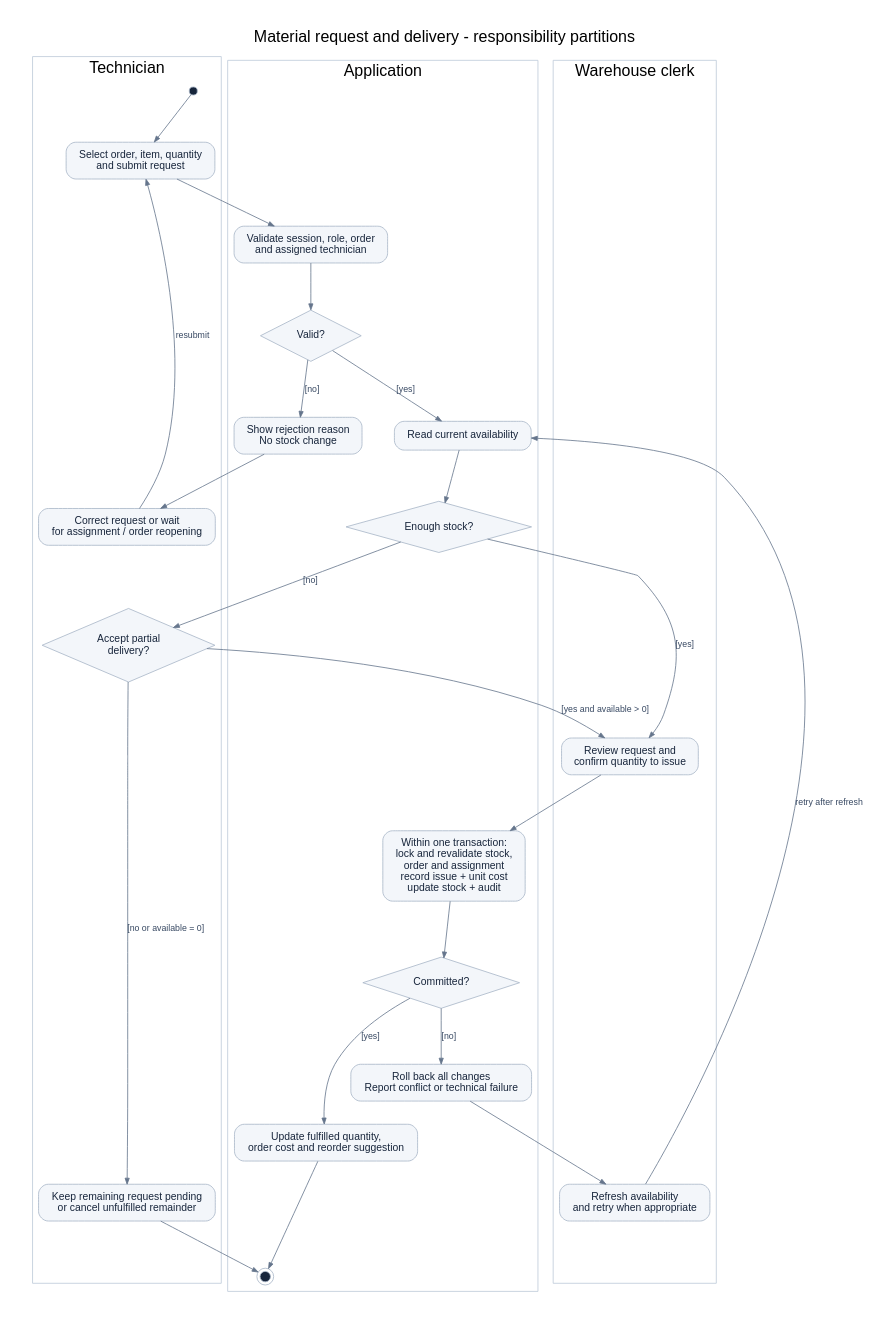
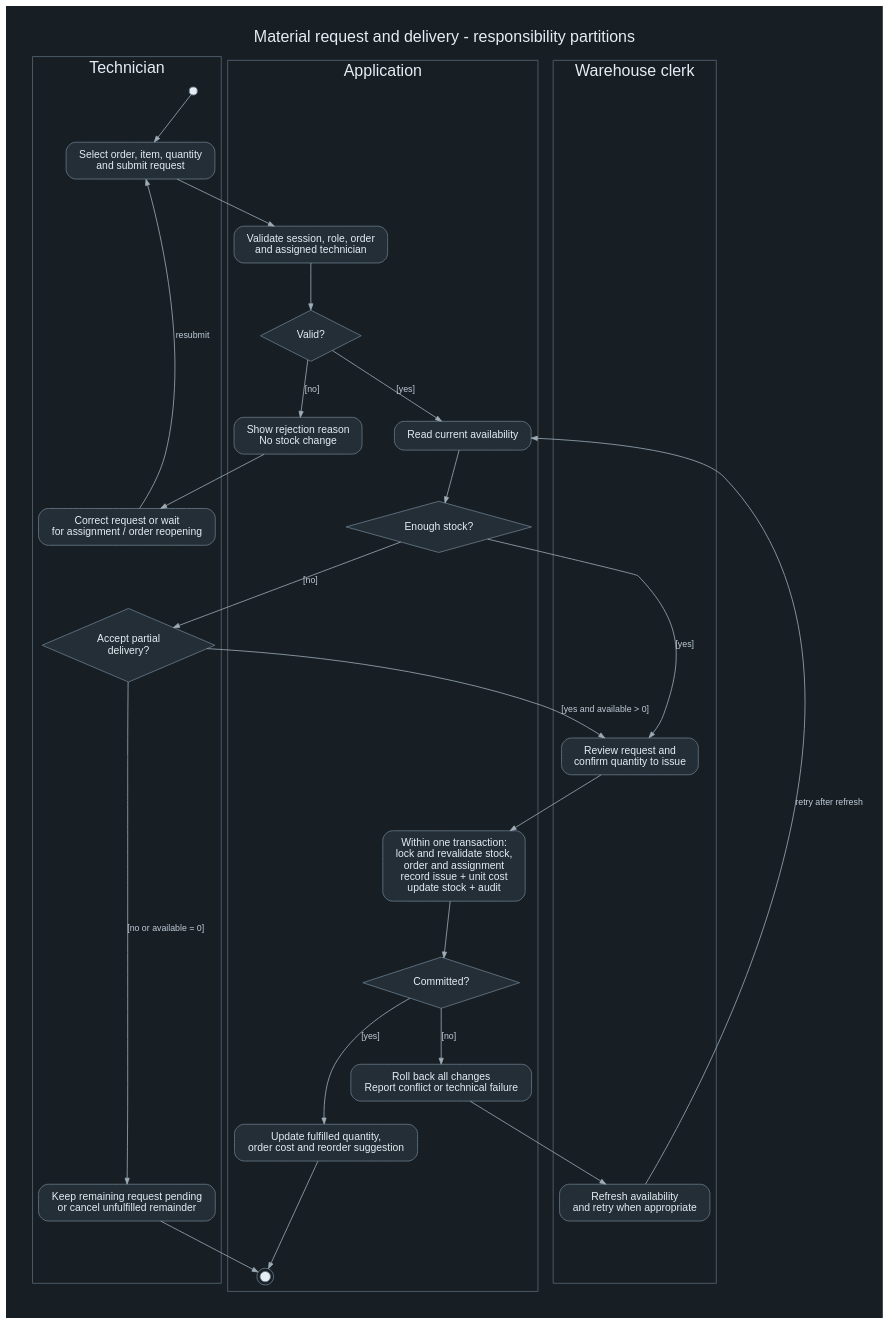
One commit to Kallst/mechanical-workshop changed the diagram in docs/models/diagrams/material-delivery-activity.dot. Above: the diagram before and after it, drawn with Graphviz. The commit also changed 80 other files, not shown here.

Commit message:
feat(atlas): organize bilingual diagrams in the current workshop theme

```diff
--- a/docs/models/diagrams/material-delivery-activity.dot
+++ b/docs/models/diagrams/material-delivery-activity.dot
@@ -1,62 +1,62 @@
 digraph material_delivery_activity {
-graph [rankdir=TB, bgcolor="#ffffff", pad="0.35", nodesep="0.55", ranksep="0.8", fontname="Arial", fontsize=20, labelloc=t, label="Material request and delivery - responsibility partitions", compound=true];
-node [shape=box, style="rounded,filled", fillcolor="#f3f6fa", color="#a8b5c7", fontcolor="#17253b", fontname="Arial", fontsize=13, margin="0.18,0.13"];
-edge [fontname="Arial", fontsize=11, fontcolor="#374862", color="#65758c", arrowsize=0.75];
+graph [rankdir=TB, bgcolor="#171e24", pad="0.35", nodesep="0.55", ranksep="0.8", fontname="Arial", fontsize=20, fontcolor="#e5edf3", labelloc=t, label="Material request and delivery - responsibility partitions", compound=true];
+node [shape=box, style="rounded,filled", fillcolor="#232e37", color="#697b8b", fontcolor="#e5edf3", fontname="Arial", fontsize=13, margin="0.18,0.13"];
+edge [fontname="Arial", fontsize=11, fontcolor="#c0ccd6", color="#9eacb7", arrowsize=0.75];
 
 newrank=true;
-subgraph cluster_technician { label="Technician"; color="#bdc9d8";
-start [shape=point, width=0.14, fillcolor="#17253b"];
+subgraph cluster_technician { label="Technician"; color="#596977";
+start [shape=point, width=0.14, fillcolor="#e5edf3"];
 tech_end [shape=point, style=invis, width=0.01];
 request [label="Select order, item, quantity\nand submit request"];
 correct [label="Correct request or wait\nfor assignment / order reopening"];
 partial [shape=diamond, label="Accept partial\ndelivery?", style=filled];
 wait [label="Keep remaining request pending\nor cancel unfulfilled remainder"];
 }
-subgraph cluster_system { label="Application"; color="#bdc9d8";
+subgraph cluster_system { label="Application"; color="#596977";
 app_anchor [shape=point, style=invis, width=0.01];
 validate [label="Validate session, role, order\nand assigned technician"];
 valid [shape=diamond, label="Valid?", style=filled];
 invalid [label="Show rejection reason\nNo stock change"];
 stock [label="Read current availability"];
 enough [shape=diamond, label="Enough stock?", style=filled];
 transaction [label="Within one transaction:\nlock and revalidate stock,\norder and assignment\nrecord issue + unit cost\nupdate stock + audit"];
 saved [shape=diamond, label="Committed?", style=filled];
 failure [label="Roll back all changes\nReport conflict or technical failure"];
 result [label="Update fulfilled quantity,\norder cost and reorder suggestion"];
-end [shape=doublecircle, label="", width=0.18, height=0.18, fixedsize=true, fillcolor="#17253b"];
+end [shape=doublecircle, label="", width=0.18, height=0.18, fixedsize=true, fillcolor="#e5edf3"];
 }
-subgraph cluster_clerk { label="Warehouse clerk"; color="#bdc9d8";
+subgraph cluster_clerk { label="Warehouse clerk"; color="#596977";
 clerk_anchor [shape=point, style=invis, width=0.01];
 clerk_end [shape=point, style=invis, width=0.01];
 review [label="Review request and\nconfirm quantity to issue"];
 retry [label="Refresh availability\nand retry when appropriate"];
 }
 { rank=same; start; app_anchor; clerk_anchor; }
 { rank=same; tech_end; end; clerk_end; }
 start -> app_anchor -> clerk_anchor [style=invis];
 app_anchor -> validate [style=invis];
 clerk_anchor -> review [style=invis];
 wait -> tech_end [style=invis];
 retry -> clerk_end [style=invis];
 "start" -> "request" [label=""];
 "request" -> "validate" [label=""];
 "validate" -> "valid" [label=""];
 "valid" -> "invalid" [label="[no]"];
 "invalid" -> "correct" [label=""];
 "correct" -> "request" [label="resubmit", constraint=false];
 "valid" -> "stock" [label="[yes]"];
 "stock" -> "enough" [label=""];
 "enough" -> "review" [label="[yes]"];
 "enough" -> "partial" [label="[no]"];
 "partial" -> "review" [label="[yes and available > 0]"];
 "partial" -> "wait" [label="[no or available = 0]"];
 "wait" -> "end" [label=""];
 "review" -> "transaction" [label=""];
 "transaction" -> "saved" [label=""];
 "saved" -> "failure" [label="[no]"];
 "failure" -> "retry" [label=""];
 "retry" -> "stock" [label="retry after refresh", constraint=false];
 "saved" -> "result" [label="[yes]"];
 "result" -> "end" [label=""];
 
 }
```
